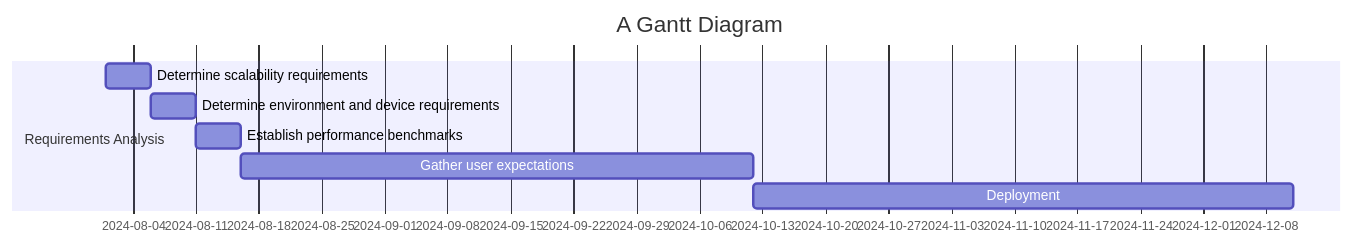
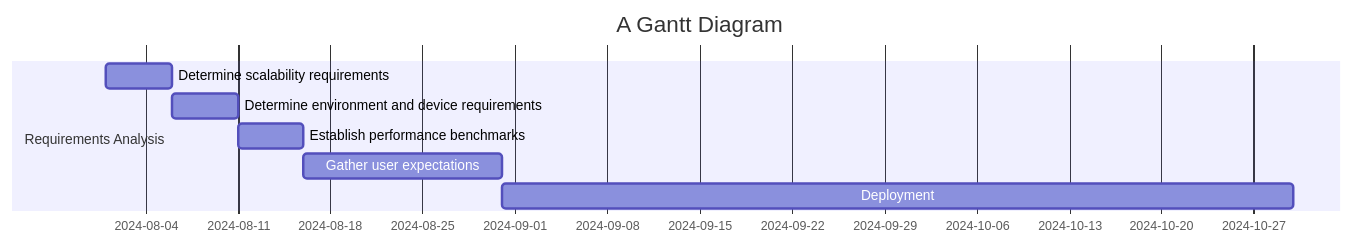
The diagram in all/Code Gantt Chart.md (sayshelley/iodraw-files), drawn with Mermaid before and after one commit.

Commit message:
2024-10-04 22:31:49 update

````diff
--- a/all/Code Gantt Chart.md
+++ b/all/Code Gantt Chart.md
@@ -1,15 +1,15 @@
 ```mermaid
 gantt
     title A Gantt Diagram
     dateFormat  YYYY-MM-DD
     section Requirements Analysis
     Determine scalability requirements :a1, 2024-08-01, 5d
     Determine environment and device requirements :a2, after a1, 5d
     Establish performance benchmarks: a3, after a2, 5d
-    Gather user expectations: a4, after a3, 57d
+    Gather user expectations: a4, after a3, 15d
     Deployment : a5, after a4, 60d
     
 
 
    
 ```
````
